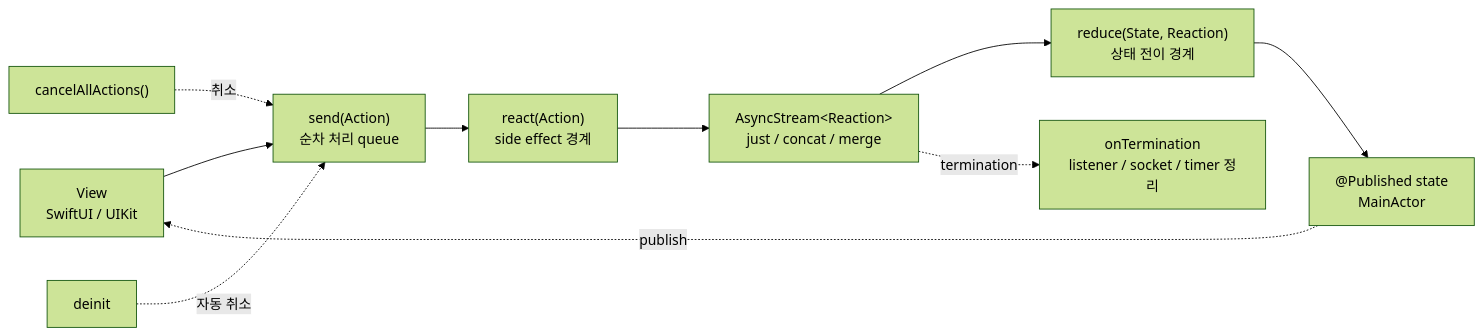
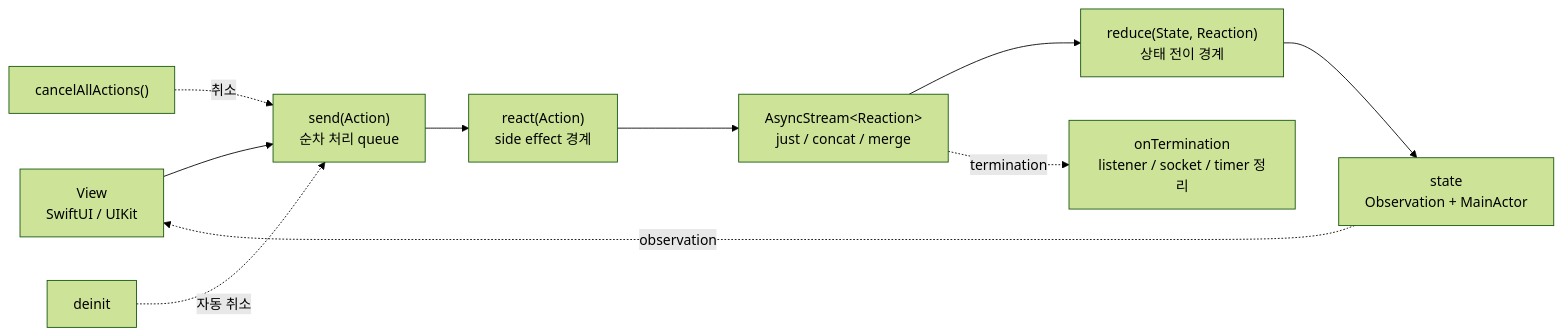
One commit to indextrown/Compound changed the diagram in README.md. Above: the diagram before and after it, drawn with Mermaid (forest theme). The commit also changed other lines of this file and 36 other files, not shown here.

````diff
--- a/README.md
+++ b/README.md
@@ -320,24 +376,24 @@
 ```mermaid
 flowchart LR
     View["View<br/>SwiftUI / UIKit"]
     Send["send(Action)<br/>순차 처리 queue"]
     React["react(Action)<br/>side effect 경계"]
     Stream["AsyncStream&lt;Reaction&gt;<br/>just / concat / merge"]
     Reduce["reduce(State, Reaction)<br/>상태 전이 경계"]
-    State["@Published state<br/>MainActor"]
+    State["state<br/>Observation + MainActor"]
 
     View --> Send
     Send --> React
     React --> Stream
     Stream --> Reduce
     Reduce --> State
-    State -. publish .-> View
+    State -. observation .-> View
 
     Cancel["cancelAllActions()"]
     Lifetime["deinit"]
     Cleanup["onTermination<br/>listener / socket / timer 정리"]
 
     Cancel -. 취소 .-> Send
     Lifetime -. 자동 취소 .-> Send
     Stream -. termination .-> Cleanup
 ```
````
